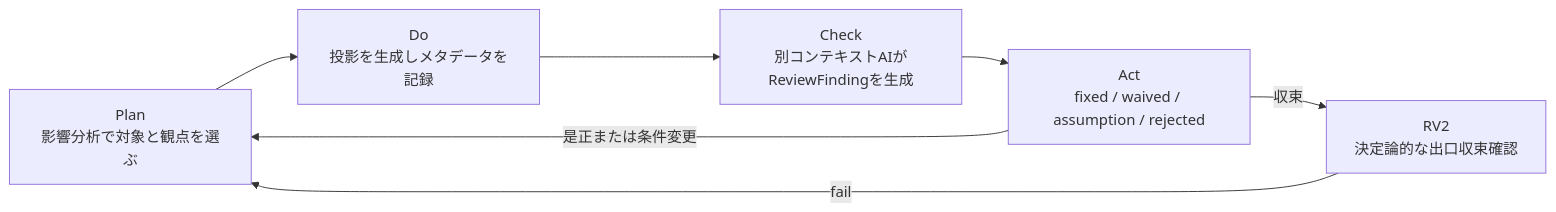
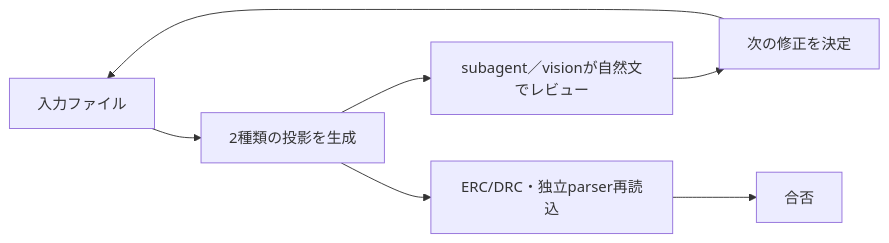
The diagram in docs/projection-review.md (uist1idrju3i/acd-agent), drawn with Mermaid before and after one commit. The commit also changed other lines of this file and 28 other files, not shown here.

````diff
--- a/docs/projection-review.md
+++ b/docs/projection-review.md
@@ -61,9 +33,9 @@
 ```mermaid
 flowchart LR
-    P["Plan<br/>影響分析で対象と観点を選ぶ"] --> D["Do<br/>投影を生成しメタデータを記録"]
-    D --> C["Check<br/>別コンテキストAIがReviewFindingを生成"]
-    C --> A["Act<br/>fixed / waived / assumption / rejected"]
-    A -->|是正または条件変更| P
-    A -->|収束| G["RV2<br/>決定論的な出口収束確認"]
-    G -->|fail| P
+    I["入力ファイル"] --> P["2種類の投影を生成"]
+    P --> R["subagent／visionが自然文でレビュー"]
+    R --> C["次の修正を決定"]
+    C --> I
+    P --> G["ERC/DRC・独立parser再読込"]
+    G --> O["合否"]
 ```
````
